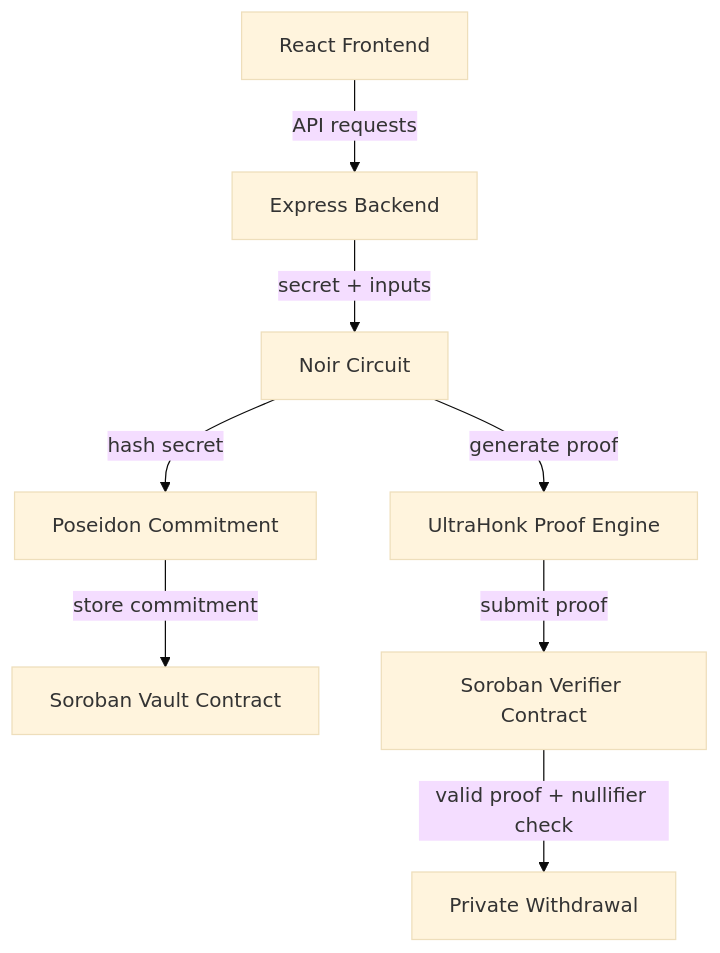
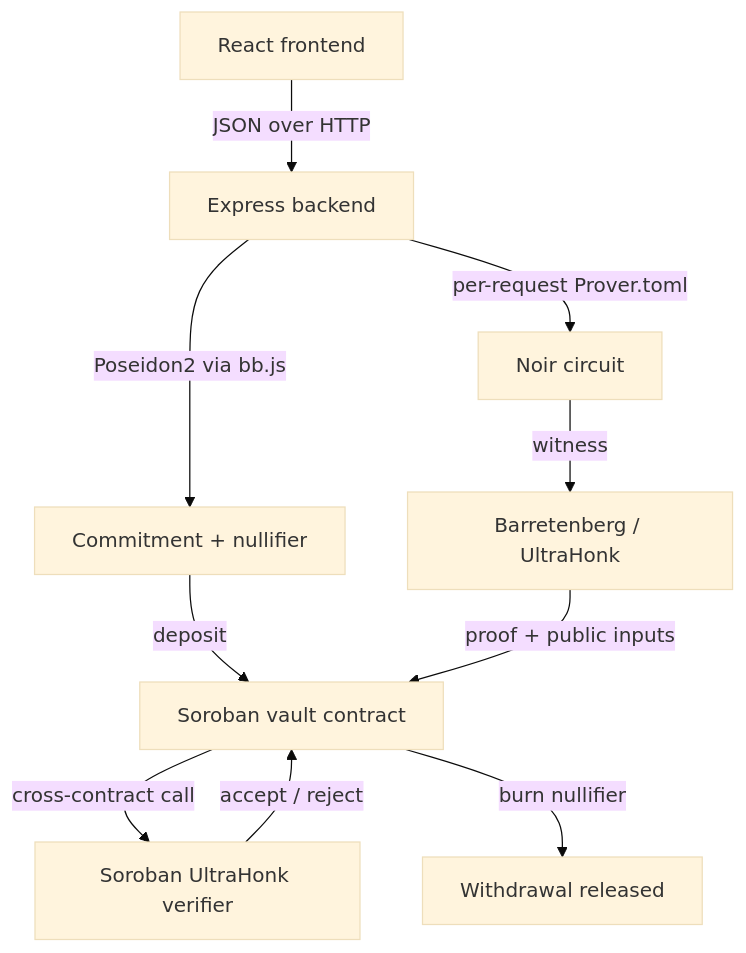
One commit to Abhist17/shadow_vault changed the diagram in README.md. Above: the diagram before and after it, drawn with Mermaid (base theme). The commit also changed other lines of this file and 72 other files, not shown here.

First line of the commit message:
Bind the ZK flow together and rebuild the UI

````diff
--- a/README.md
+++ b/README.md
@@ -57,10 +88,12 @@
 ```mermaid
 flowchart TB
-    A["React Frontend"] -->|API requests| B["Express Backend"]
-    B -->|secret + inputs| C["Noir Circuit"]
-    C -->|hash secret| D["Poseidon Commitment"]
-    D -->|store commitment| E["Soroban Vault Contract"]
-    C -->|generate proof| F["UltraHonk Proof Engine"]
-    F -->|submit proof| G["Soroban Verifier Contract"]
-    G -->|valid proof + nullifier check| H["Private Withdrawal"]
+    A["React frontend"] -->|JSON over HTTP| B["Express backend"]
+    B -->|Poseidon2 via bb.js| C["Commitment + nullifier"]
+    B -->|per-request Prover.toml| D["Noir circuit"]
+    D -->|witness| E["Barretenberg / UltraHonk"]
+    C -->|deposit| F["Soroban vault contract"]
+    E -->|proof + public inputs| F
+    F -->|cross-contract call| G["Soroban UltraHonk verifier"]
+    G -->|accept / reject| F
+    F -->|burn nullifier| H["Withdrawal released"]
 ```
````
